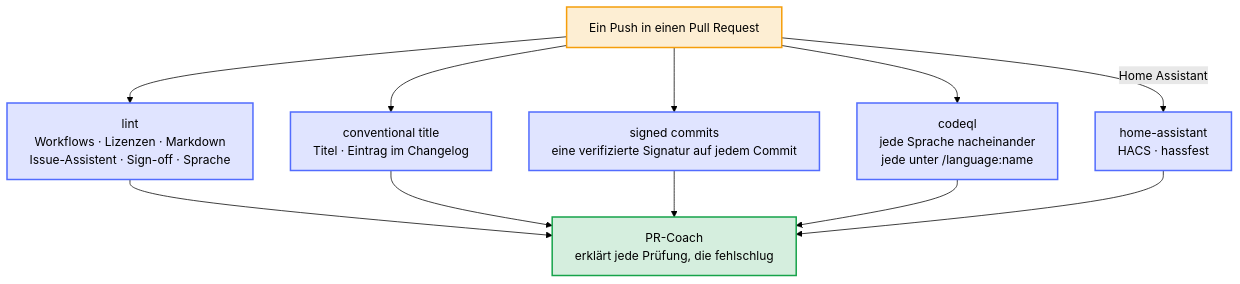
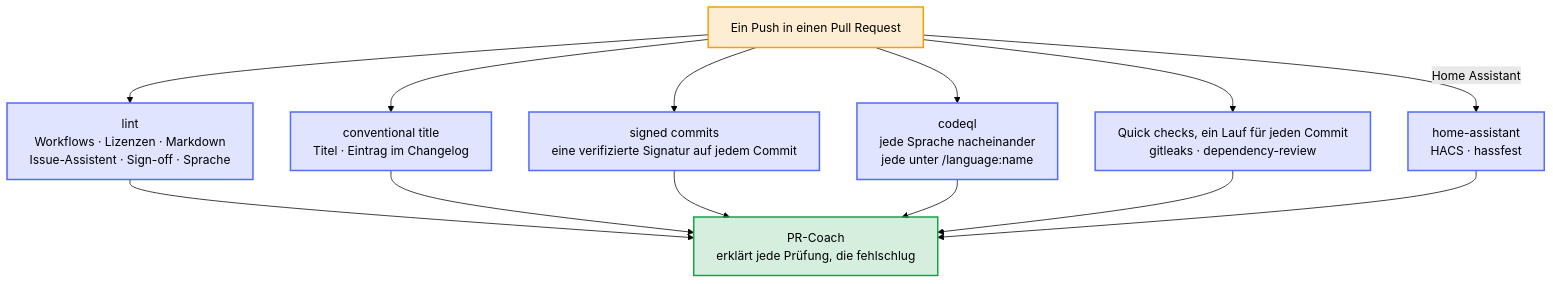
The diagram in docs/diagrams/the-jobs-of-a-pull-request.de.mmd (Dennis-Otto/repo-blueprint), drawn with Mermaid (forest theme) before and after one commit. The commit also changed 29 other files, not shown here.

First line of the commit message:
feat: the secret scan and the dependency review share one workflow, Quick checks (#1026)

```diff
--- a/docs/diagrams/the-jobs-of-a-pull-request.de.mmd
+++ b/docs/diagrams/the-jobs-of-a-pull-request.de.mmd
@@ -1,34 +1,37 @@
 ---
 config:
   flowchart:
     wrappingWidth: 400
 ---
 flowchart TB
     accTitle: Die Jobs eines Pull Requests
-    accDescr: Jeder Job eines Pushes wartet auf einen eigenen Runner, und das Konto führt etwa 20 Jobs gleichzeitig aus. Darum teilen sich die schnellen Prüfungen ihre Jobs: lint führt jeden Linter aus, der Job des Titels prüft Titel und Eintrag im Changelog, codeql analysiert jede Sprache unter der Kategorie ihrer Warnungen, und home-assistant führt HACS und hassfest aus. signed commits steht für sich, außerhalb der Pflichtprüfungen, weil die Regel von GitHub selbst den Merge schon blockiert. Jeder Schritt läuft auch, wenn einer davor fehlschlug, und der PR-Coach erklärt jede Prüfung eines Jobs, die fehlschlug.
+    accDescr: Jeder Job eines Pushes wartet auf einen eigenen Runner, und das Konto führt etwa 20 Jobs gleichzeitig aus. Darum teilen sich die schnellen Prüfungen ihre Jobs: lint führt jeden Linter aus, der Job des Titels prüft Titel und Eintrag im Changelog, codeql analysiert jede Sprache unter der Kategorie ihrer Warnungen, und home-assistant führt HACS und hassfest aus. Secret-Scan und Dependency Review sind die zwei Jobs eines Workflows, Quick checks, mit einem Lauf für jeden Commit, außerhalb von Lint, dessen Läufe für einen Pull Request einander abbrechen. signed commits steht für sich, außerhalb der Pflichtprüfungen, weil die Regel von GitHub selbst den Merge schon blockiert. Jeder Schritt läuft auch, wenn einer davor fehlschlug, und der PR-Coach erklärt jede Prüfung eines Jobs, die fehlschlug.
 
     push["Ein Push in einen Pull Request"]
     lint["lint<br>Workflows · Lizenzen · Markdown<br>Issue-Assistent · Sign-off · Sprache"]
     title["conventional title<br>Titel · Eintrag im Changelog"]
     signed["signed commits<br>eine verifizierte Signatur auf jedem Commit"]
     codeql["codeql<br>jede Sprache nacheinander<br>jede unter /language:name"]
+    quick["Quick checks, ein Lauf für jeden Commit<br>gitleaks · dependency-review"]
     ha["home-assistant<br>HACS · hassfest"]
     coach["PR-Coach<br>erklärt jede Prüfung, die fehlschlug"]
 
     push --> lint
     push --> title
     push --> signed
     push --> codeql
+    push --> quick
     push -- "Home Assistant" --> ha
     lint --> coach
     title --> coach
     signed --> coach
     codeql --> coach
+    quick --> coach
     ha --> coach
 
     classDef bot fill:#526cfe2e,stroke:#526cfe,stroke-width:2px
     classDef person fill:#f59e0b2e,stroke:#f59e0b,stroke-width:2px
     classDef done fill:#16a34a2e,stroke:#16a34a,stroke-width:2px
     class push person
-    class lint,title,signed,codeql,ha bot
+    class lint,title,signed,codeql,quick,ha bot
     class coach done
```
